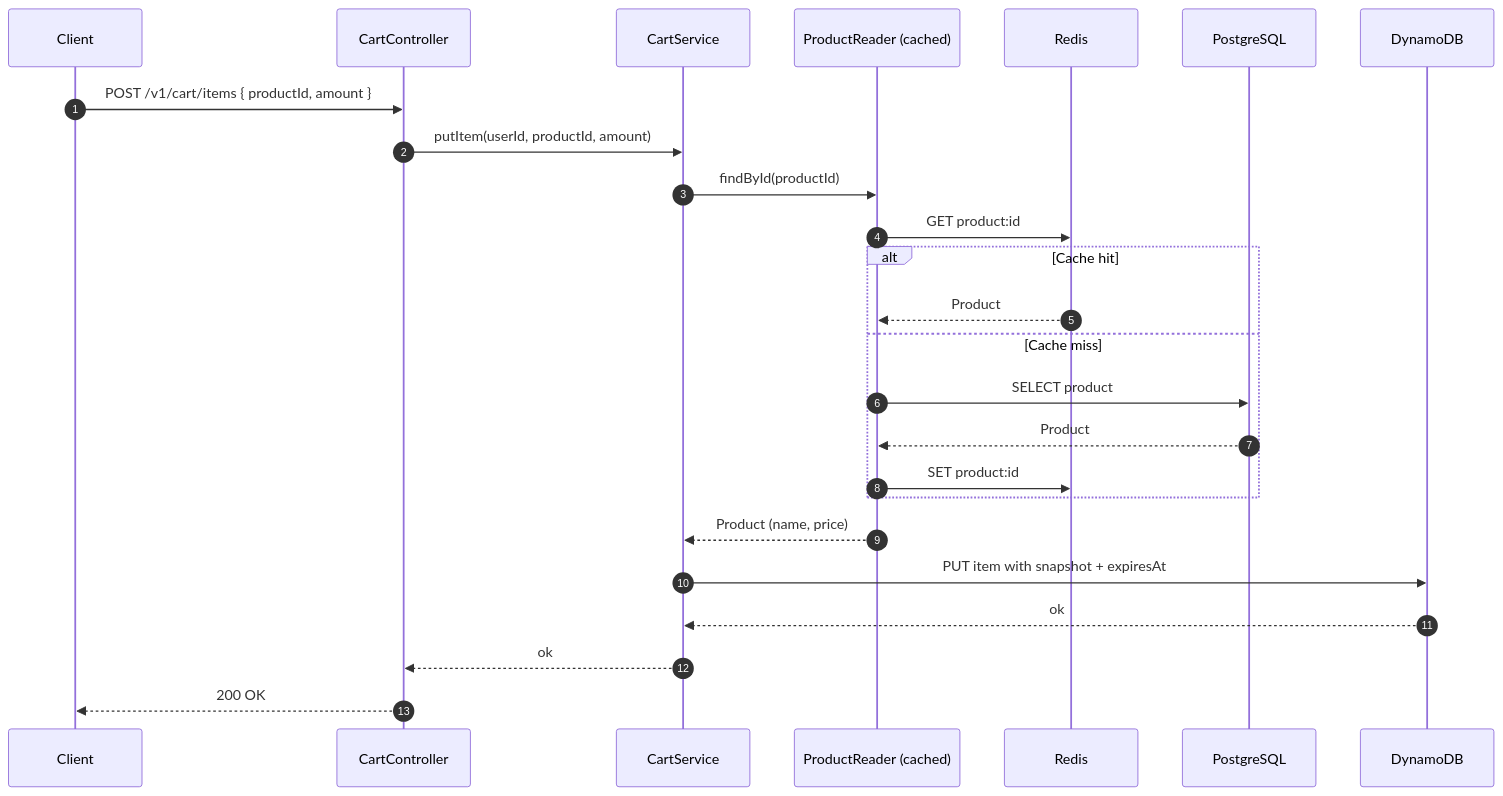
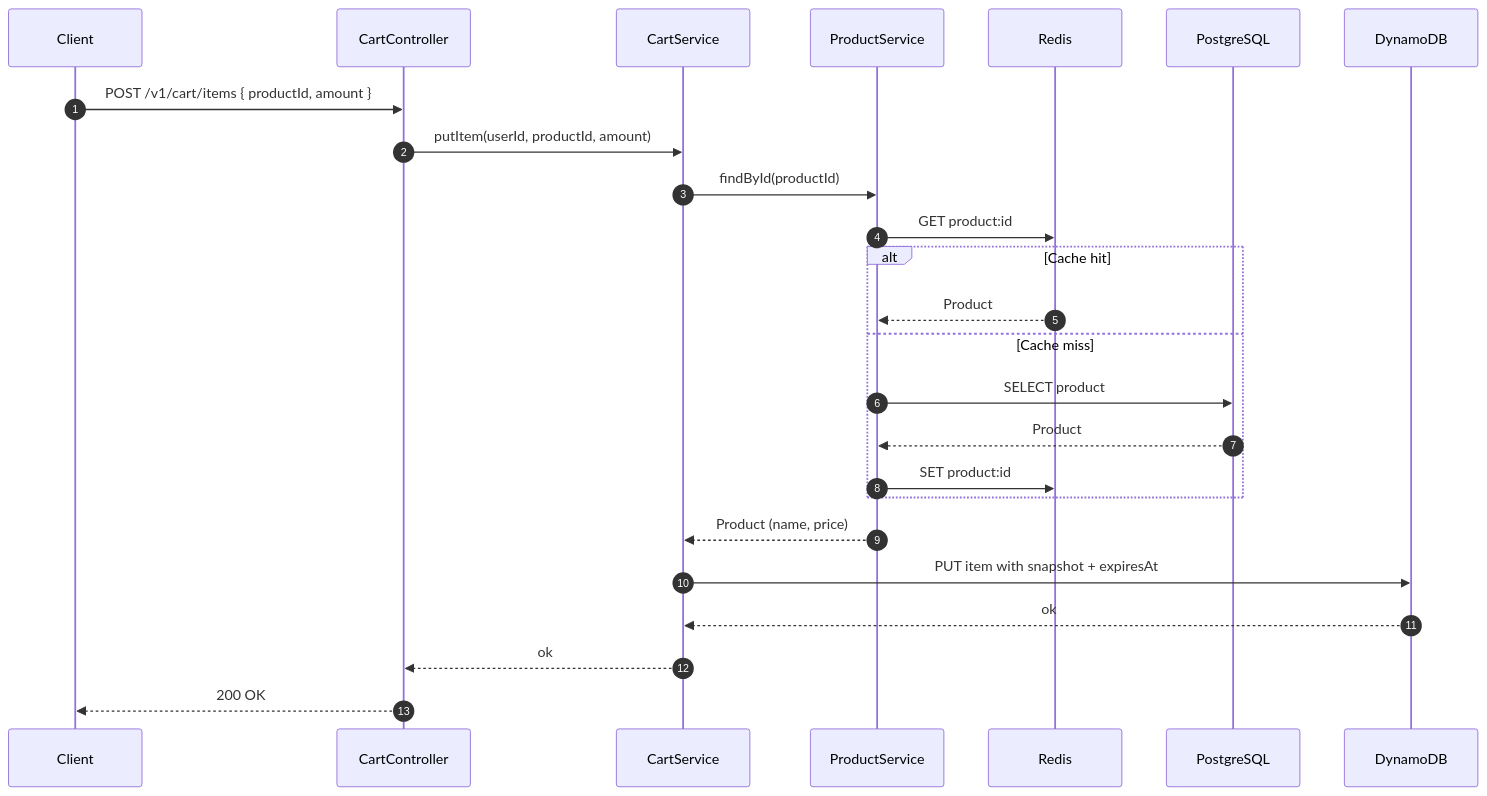
Before and after one commit to pedroheing/ecommerce-cart-api: the first of 2 diagrams in README.md, drawn with Mermaid. The commit also changed other lines of this file, not shown here.

Commit message:
refactor: updates mermaid on readme

````diff
--- a/README.md
+++ b/README.md
@@ -57,30 +55,30 @@
 ```mermaid
 sequenceDiagram
   autonumber
   participant Client
   participant API as CartController
   participant CartSvc as CartService
-  participant ProdReader as ProductReader (cached)
+  participant ProdReader as ProductService
   participant Cache as Redis
   participant DB as PostgreSQL
   participant Cart as DynamoDB
 
   Client->>API: POST /v1/cart/items { productId, amount }
   API->>CartSvc: putItem(userId, productId, amount)
   CartSvc->>ProdReader: findById(productId)
 
   ProdReader->>Cache: GET product:id
   alt Cache hit
     Cache-->>ProdReader: Product
   else Cache miss
     ProdReader->>DB: SELECT product
     DB-->>ProdReader: Product
     ProdReader->>Cache: SET product:id
   end
 
   ProdReader-->>CartSvc: Product (name, price)
   CartSvc->>Cart: PUT item with snapshot + expiresAt
   Cart-->>CartSvc: ok
   CartSvc-->>API: ok
   API-->>Client: 200 OK
 ```
````
